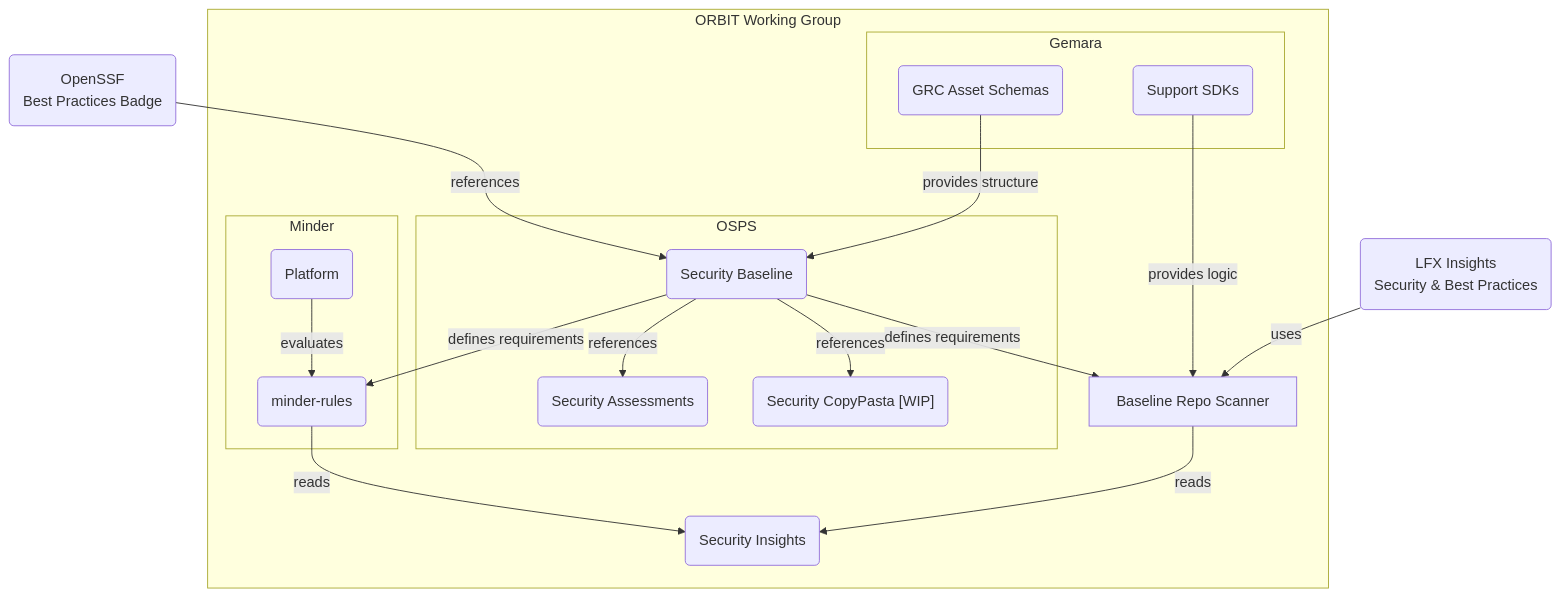
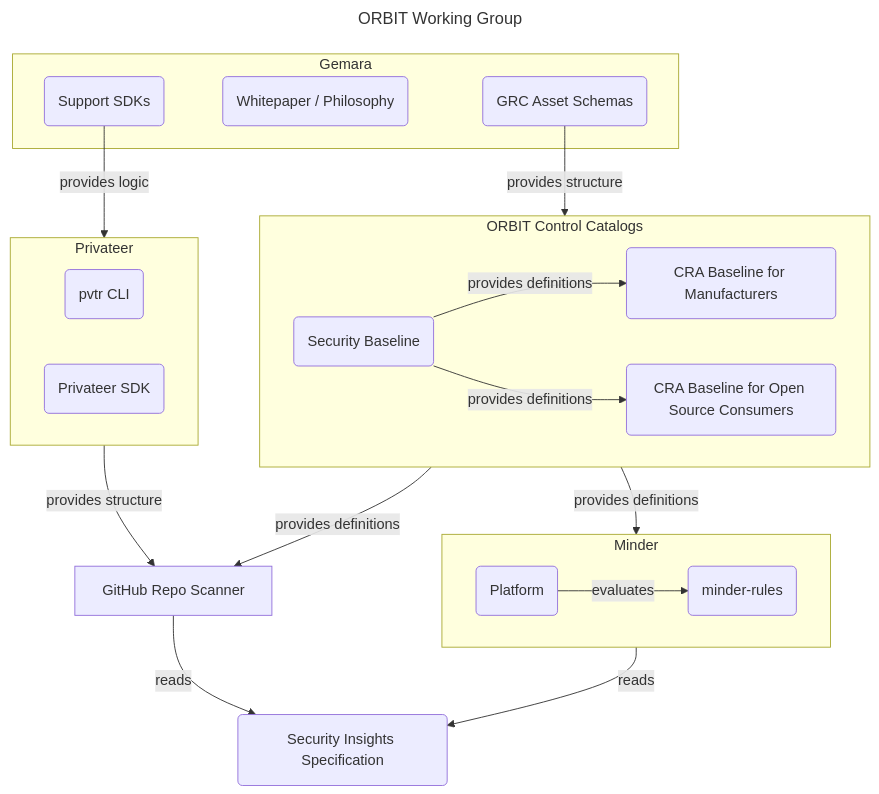
Before and after one commit to ossf/wg-orbit: the diagram in README.md, drawn with Mermaid.

Commit message:
Update ORBIT Working Group flowchart in README

````diff
--- a/README.md
+++ b/README.md
@@ -28,53 +28,52 @@
 ```mermaid
+---
+title: ORBIT Working Group
+---
 flowchart TD
 
-    BPB(OpenSSF
-    Best Practices Badge)
-    LFXInsights(LFX Insights
-    Security & Best Practices)
-
-    subgraph ORBIT Working Group
-
-        subgraph OSPS
-            Assessments(Security Assessments)
-            CopyPasta("Security CopyPasta [WIP]")
-            Baseline(Security Baseline)
-        end
-
-        subgraph Gemara
-            GemaraSDK(Support SDKs)
-            GemaraSchemas(GRC Asset Schemas)
-        end
-
-        SecurityInsights(Security Insights)
-        subgraph Minder
-        MinderPlatform(Platform)
-        minder-rules(minder-rules)
-        end
-
-        pvtr[ Baseline Repo Scanner]
-        click pvtr "https://github.com/revanite-io/pvtr-github-repo?tab=readme-ov-file#readme"
-
+    subgraph OCC[ORBIT Control Catalogs]
+        Baseline(Security Baseline)
+        CRABFOMA(CRA Baseline for Manufacturers)
+        CRABFOSC(CRA Baseline for Open Source Consumers)
     end
 
-    BPB -->| references | Baseline
-    Baseline --> | references | Assessments & CopyPasta
+    subgraph Gemara
+        GemaraSDK(Support SDKs)
+        Whitepaper(Whitepaper / Philosophy)
+        GemaraSchemas(GRC Asset Schemas)
+    end
+
+    SecurityInsights(Security Insights Specification)
+
+    subgraph Minder
+        minder-rules(minder-rules)
+        MinderPlatform(Platform)
+    end
+
+    subgraph Privateer
+        pvtr(pvtr CLI)
+        pvtrSDK(Privateer SDK)
+    end
+
+    BaselineScanner[GitHub Repo Scanner]
+    click BaselineScanner "https://github.com/revanite-io/pvtr-github-repo?tab=readme-ov-file#readme"
+
+    Baseline --> | provides definitions |CRABFOMA & CRABFOSC
+    Privateer -->| provides structure| BaselineScanner
+    GemaraSchemas -->| provides structure| OCC
+    BaselineScanner -->|reads | SecurityInsights
+    GemaraSDK -->|provides logic |Privateer
+    OCC --> | provides definitions | BaselineScanner & Minder
+    Minder -->|reads| SecurityInsights
     MinderPlatform -->|evaluates| minder-rules
-    minder-rules -->|reads| SecurityInsights
-    GemaraSchemas -->| provides structure| Baseline
-    pvtr -->|reads | SecurityInsights
-    GemaraSDK -->|provides logic |pvtr
-    LFXInsights -->|uses |pvtr
-    Baseline -->| defines requirements | pvtr & minder-rules
 
     click LFXInsights "https://insights.linuxfoundation.org/"
-    click Assessments "https://github.com/ossf/security-assessments?tab=readme-ov-file#readme"
     click Baseline "https://baseline.openssf.org"
     click BPB "https://openssf.org/projects/best-practices-badge/"
     click GemaraSDK "https://gemara.openssf.org/implementation/#go-sdk"
     click GemaraSchemas "https://gemara.openssf.org/implementation/#layer-schemas"
     click GemaraLexicon "https://gemara.openssf.org/lexicon/"
     click SecurityInsights "https://github.com/ossf/security-insights?tab=readme-ov-file#readme"
     click MinderPlatform "https://github.com/mindersec/minder?tab=readme-ov-file#readme"
     click minder-rules "https://github.com/mindersec/minder-rules-and-profiles?tab=readme-ov-file#readme"
 ```
````
